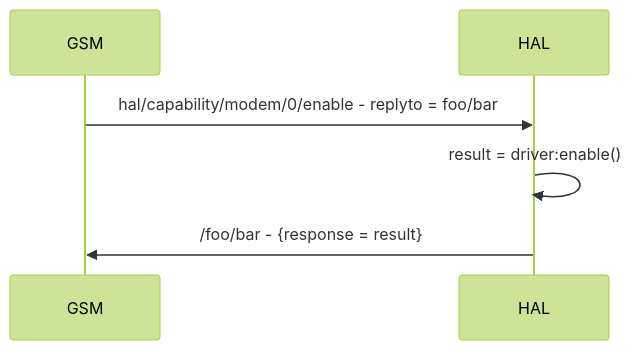
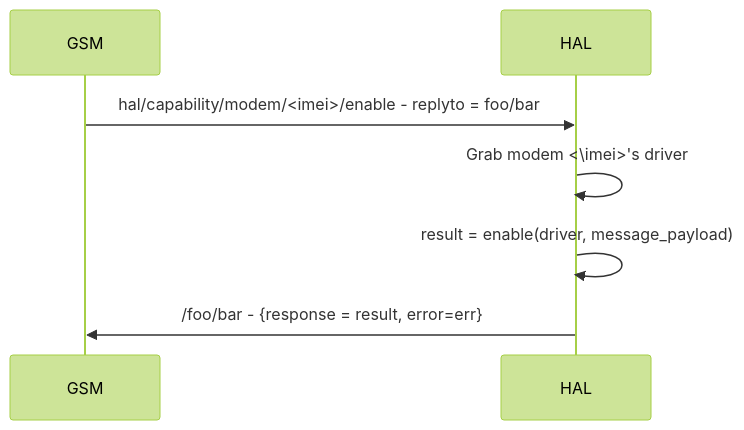
The second of 2 diagrams in sprint-docs/hal.md (jangala-dev/devicecode-lua), drawn with Mermaid (forest theme) before and after one commit. The commit also changed other lines of this file, not shown here.

````diff
--- a/sprint-docs/hal.md
+++ b/sprint-docs/hal.md
@@ -59,6 +73,7 @@
 ```mermaid
 sequenceDiagram
-    GSM->>HAL: hal/capability/modem/0/enable - replyto = foo/bar
-    HAL->>HAL: result = driver:enable()
-    HAL->>GSM: /foo/bar - {response = result}
+    GSM->>HAL: hal/capability/modem/<imei>/enable - replyto = foo/bar
+    HAL->>HAL: Grab modem <\imei>'s driver
+    HAL->>HAL: result = enable(driver, message_payload)
+    HAL->>GSM: /foo/bar - {response = result, error=err}
 ```
````
